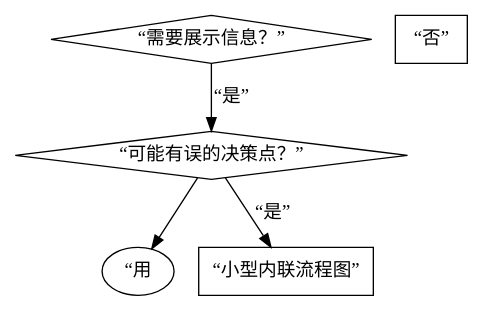
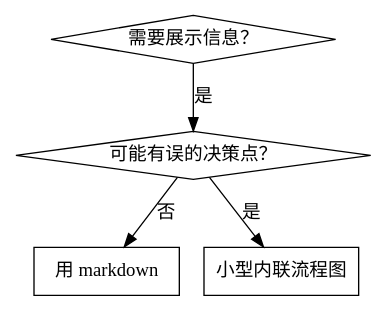
The first of 2 diagrams in skills/writing-skill-md/SKILL.md (brightmeows/agent-docs-skills), drawn with Graphviz before and after one commit. The commit also changed other lines of this file and 4 other files, not shown here.

````diff
--- a/skills/writing-skill-md/SKILL.md
+++ b/skills/writing-skill-md/SKILL.md
@@ -184,12 +184,12 @@
 ```dot
 digraph when_flowchart {
-    “需要展示信息？” [shape=diamond];
-    “可能有误的决策点？” [shape=diamond];
-    “用 markdown” [shape=box];
-    “小型内联流程图” [shape=box];
+    "需要展示信息？" [shape=diamond];
+    "可能有误的决策点？" [shape=diamond];
+    "用 markdown" [shape=box];
+    "小型内联流程图" [shape=box];
 
-    “需要展示信息？” -> “可能有误的决策点？” [label=“是”];
-    “可能有误的决策点？” -> “小型内联流程图” [label=“是”];
-    “可能有误的决策点？” -> “用 markdown” [label=“否”];
+    "需要展示信息？" -> "可能有误的决策点？" [label="是"];
+    "可能有误的决策点？" -> "小型内联流程图" [label="是"];
+    "可能有误的决策点？" -> "用 markdown" [label="否"];
 }
 ```
````
